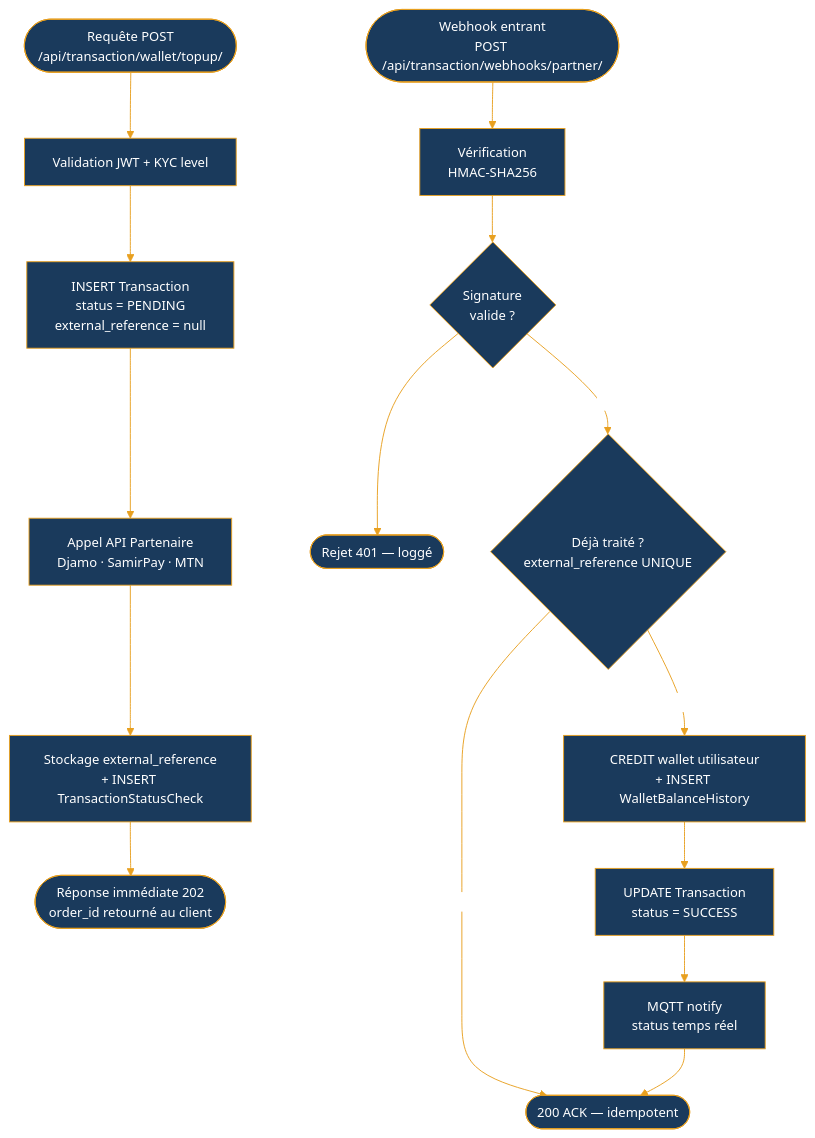
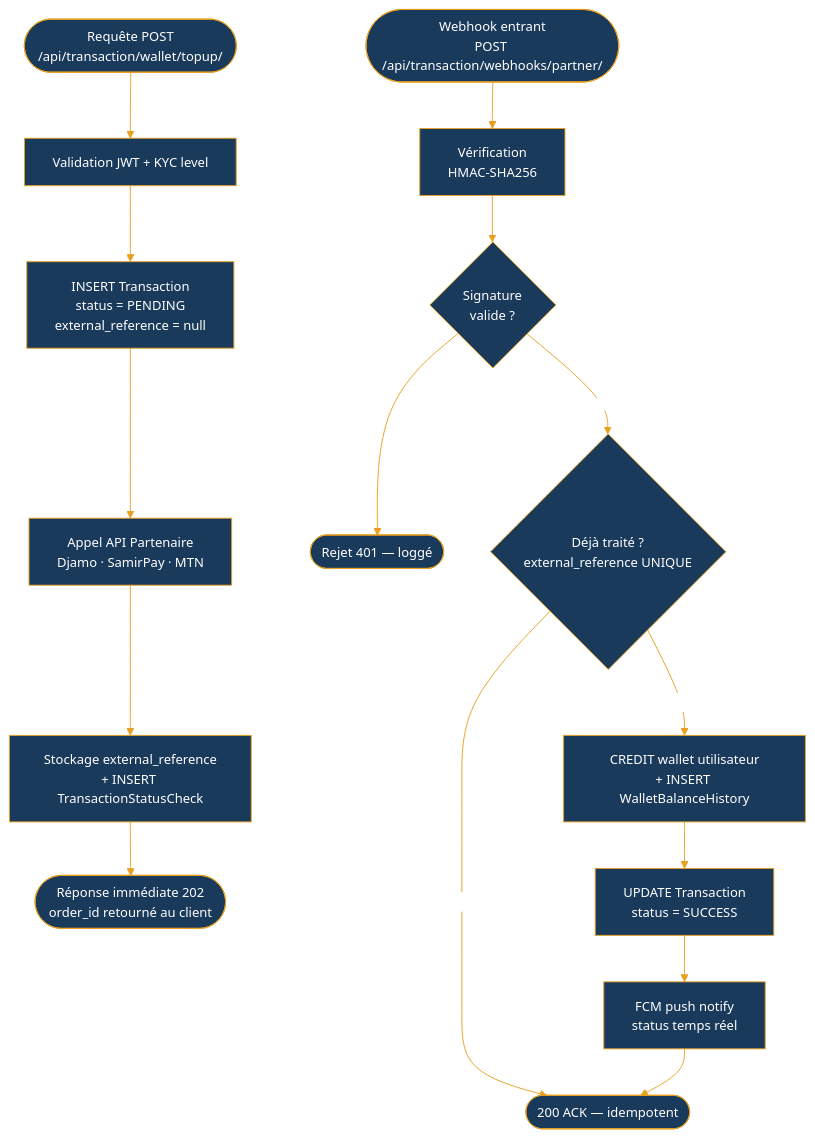
Before and after one commit to deSully/pliz-backend: the diagram in docs/diagrams/07_cycle_transfert_interne.mmd, drawn with Mermaid. The commit also changed 14 other files, not shown here.

```diff
--- a/docs/diagrams/07_cycle_transfert_interne.mmd
+++ b/docs/diagrams/07_cycle_transfert_interne.mmd
@@ -1,30 +1,30 @@
 %%{init: {
   'theme': 'base',
   'themeVariables': {
     'primaryColor':        '#1a3a5c',
     'primaryTextColor':    '#ffffff',
     'primaryBorderColor':  '#e8a020',
     'lineColor':           '#e8a020',
     'secondaryColor':      '#0d2137',
     'tertiaryColor':       '#f0f7ff',
     'edgeLabelBackground': '#ffffff',
     'fontFamily':          'Segoe UI, Helvetica Neue, Arial, sans-serif',
     'fontSize':            '14px'
   }
 }}%%
 flowchart TD
     A(["Requête POST\n/api/transaction/wallet/topup/"]) --> B["Validation JWT + KYC level"]
     B --> C["INSERT Transaction\nstatus = PENDING\nexternal_reference = null"]
     C --> D["Appel API Partenaire\nDjamo · SamirPay · MTN"]
     D --> E["Stockage external_reference\n+ INSERT TransactionStatusCheck"]
     E --> F(["Réponse immédiate 202\norder_id retourné au client"])
 
     G(["Webhook entrant\nPOST /api/transaction/webhooks/partner/"]) --> H["Vérification\nHMAC-SHA256"]
     H --> I{"Signature\nvalide ?"}
     I -- Non --> J(["Rejet 401 — loggé"])
     I -- Oui --> K{"Déjà traité ?\nexternal_reference UNIQUE"}
     K -- Oui --> L(["200 ACK — idempotent"])
     K -- Non --> M["CREDIT wallet utilisateur\n+ INSERT WalletBalanceHistory"]
     M --> N["UPDATE Transaction\nstatus = SUCCESS"]
-    N --> O["MQTT notify\nstatus temps réel"]
+    N --> O["FCM push notify\nstatus temps réel"]
     O --> L
```
